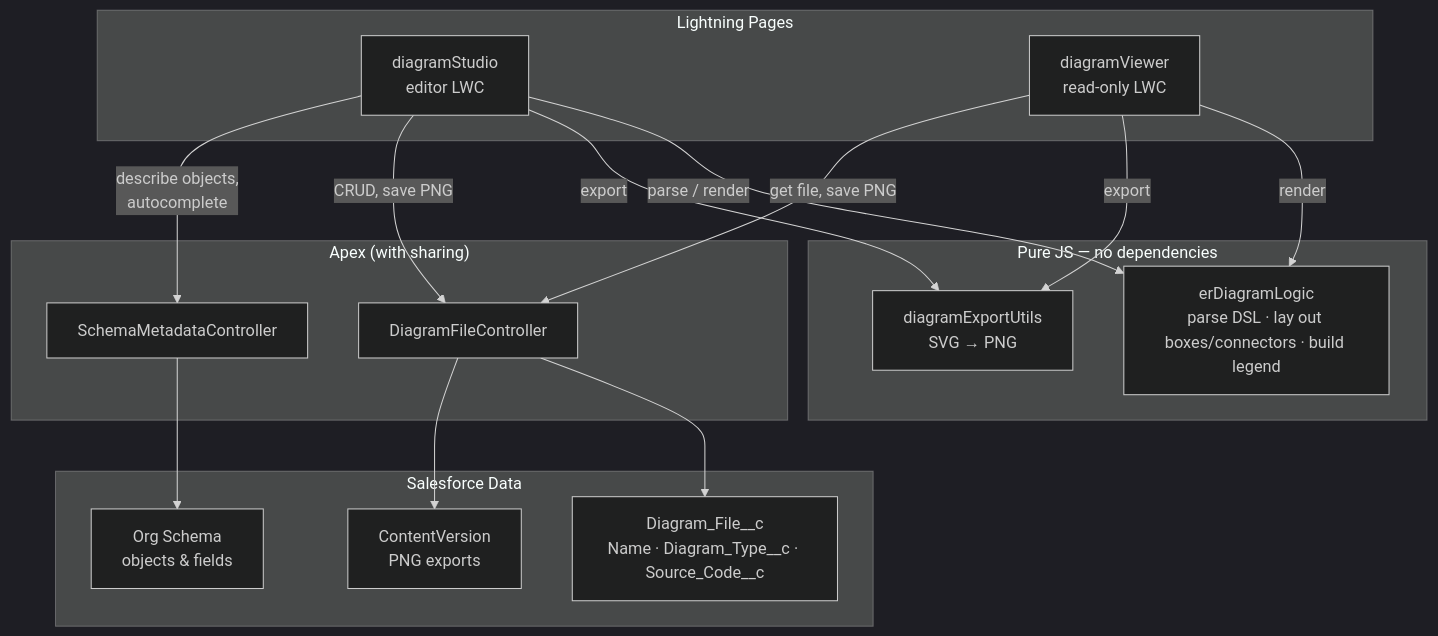
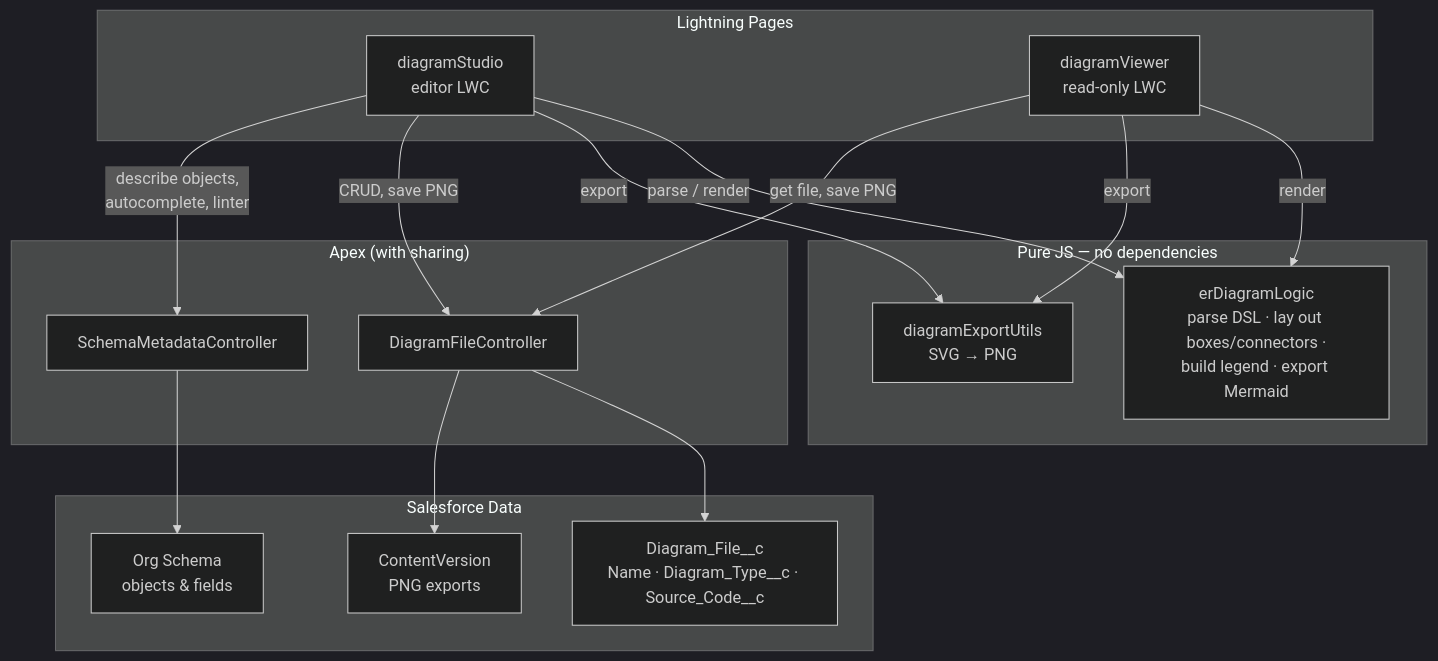
Before and after one commit to vikascohen/Salesforce-ER-Modeller-Studio: the diagram in README.md, drawn with Mermaid (dark theme). The commit also changed other lines of this file, not shown here.

Commit message:
Update README architecture diagram, components table, and quick start for Mermaid export + relationship linter

````diff
--- a/README.md
+++ b/README.md
@@ -93,36 +93,36 @@
 ```mermaid
 graph TD
     subgraph UI["Lightning Pages"]
         DS["diagramStudio<br/>editor LWC"]
         DV["diagramViewer<br/>read-only LWC"]
     end
 
     subgraph Logic["Pure JS — no dependencies"]
-        ERL["erDiagramLogic<br/>parse DSL · lay out boxes/connectors · build legend"]
+        ERL["erDiagramLogic<br/>parse DSL · lay out boxes/connectors ·<br/>build legend · export Mermaid"]
         EXP["diagramExportUtils<br/>SVG → PNG"]
     end
 
     subgraph Apex["Apex (with sharing)"]
         DFC["DiagramFileController"]
         SMC["SchemaMetadataController"]
     end
 
     subgraph Data["Salesforce Data"]
         OBJ["Diagram_File__c<br/>Name · Diagram_Type__c · Source_Code__c"]
         FILES["ContentVersion<br/>PNG exports"]
         SCHEMA["Org Schema<br/>objects & fields"]
     end
 
     DS -- "parse / render" --> ERL
     DS -- "export" --> EXP
     DS -- "CRUD, save PNG" --> DFC
-    DS -- "describe objects,<br/>autocomplete" --> SMC
+    DS -- "describe objects,<br/>autocomplete, linter" --> SMC
 
     DV -- "render" --> ERL
     DV -- "export" --> EXP
     DV -- "get file, save PNG" --> DFC
 
     DFC --> OBJ
     DFC --> FILES
     SMC --> SCHEMA
 ```
````
